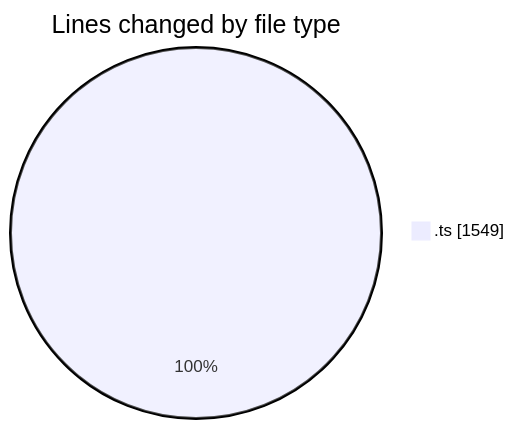
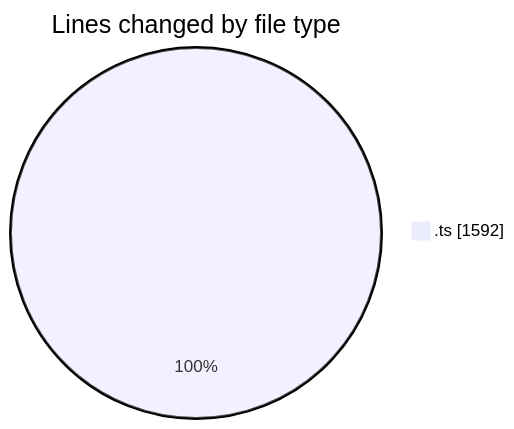
The first of 2 diagrams in 2025-08-07/cda/README.md (momahboobian/code-tracking), drawn with Mermaid before and after one commit. The commit also changed other lines of this file and 1 other file, not shown here.

````diff
--- a/2025-08-07/cda/README.md
+++ b/2025-08-07/cda/README.md
@@ -23,5 +23,5 @@
 ```mermaid
 pie showData
 title Lines changed by file type
-".ts" : 1549
+".ts" : 1592
 ```
````
